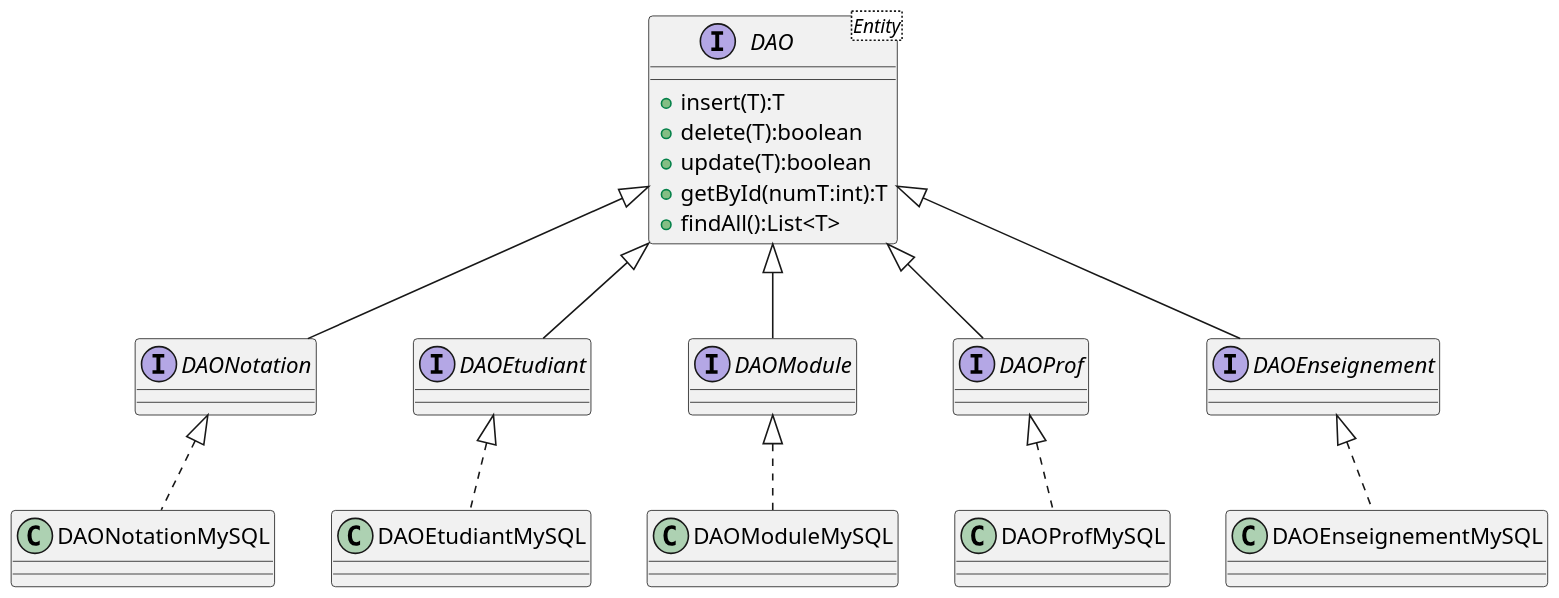
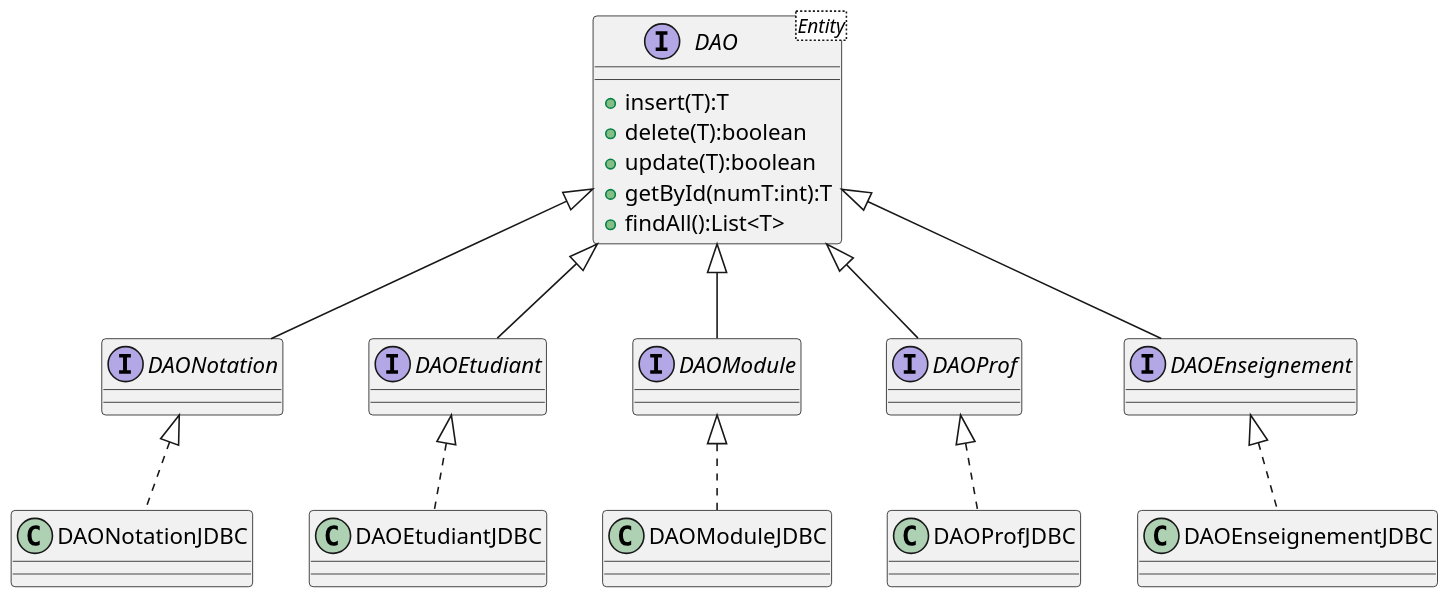
One commit to IUTInfoAix-M3106/TpJdbc changed the diagram in src/main/resources/assets/DAO.puml. Above: the diagram before and after it, drawn with PlantUML.

Commit message:
Modification du schéma UML des DAO

```diff
--- a/src/main/resources/assets/DAO.puml
+++ b/src/main/resources/assets/DAO.puml
@@ -1,33 +1,33 @@
 @startuml
 scale 1.5
 
 interface DAO<Entity>{
 +insert(T):T
 +delete(T):boolean
 +update(T):boolean
 +getById(numT:int):T
 +findAll():List<T>
 }
 
 interface DAONotation
 
 interface DAOEtudiant
 
 interface DAOModule
 
 interface DAOProf
 
 interface DAOEnseignement
 
 DAO <|-- DAONotation
 DAO <|-- DAOEtudiant
 DAO <|-- DAOModule
 DAO <|-- DAOProf
 DAO <|-- DAOEnseignement
 
-DAONotation <|.. DAONotationMySQL
-DAOEtudiant <|.. DAOEtudiantMySQL
-DAOModule <|.. DAOModuleMySQL
-DAOProf <|.. DAOProfMySQL
-DAOEnseignement <|.. DAOEnseignementMySQL
+DAONotation <|.. DAONotationJDBC
+DAOEtudiant <|.. DAOEtudiantJDBC
+DAOModule <|.. DAOModuleJDBC
+DAOProf <|.. DAOProfJDBC
+DAOEnseignement <|.. DAOEnseignementJDBC
 @enduml
```
